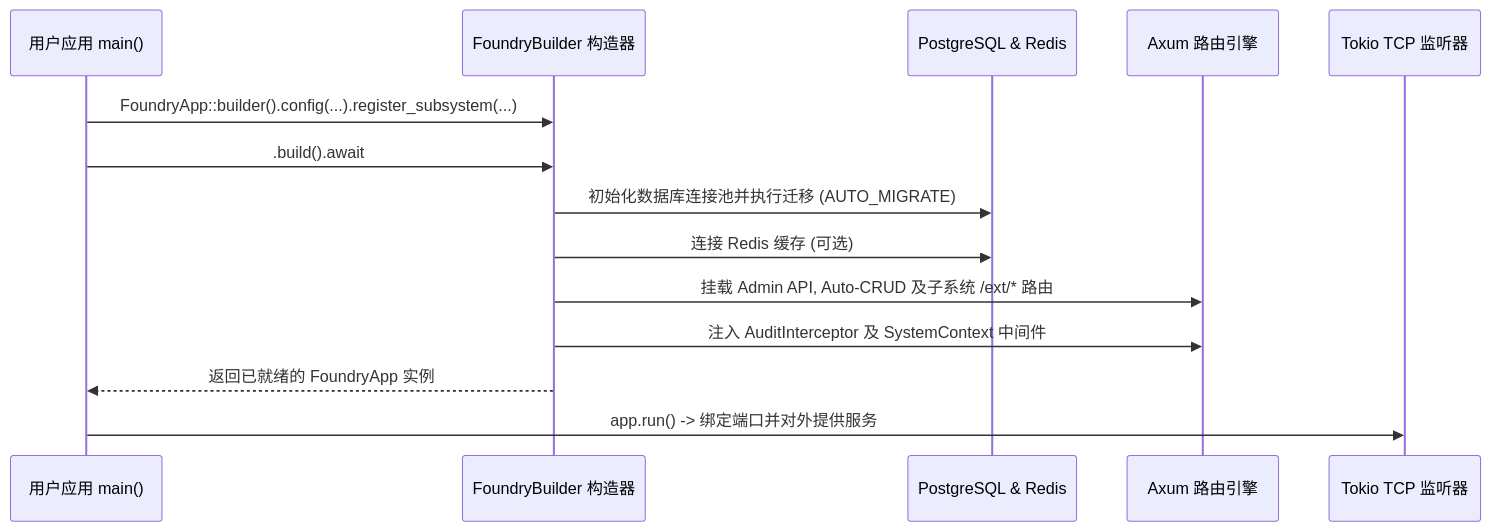
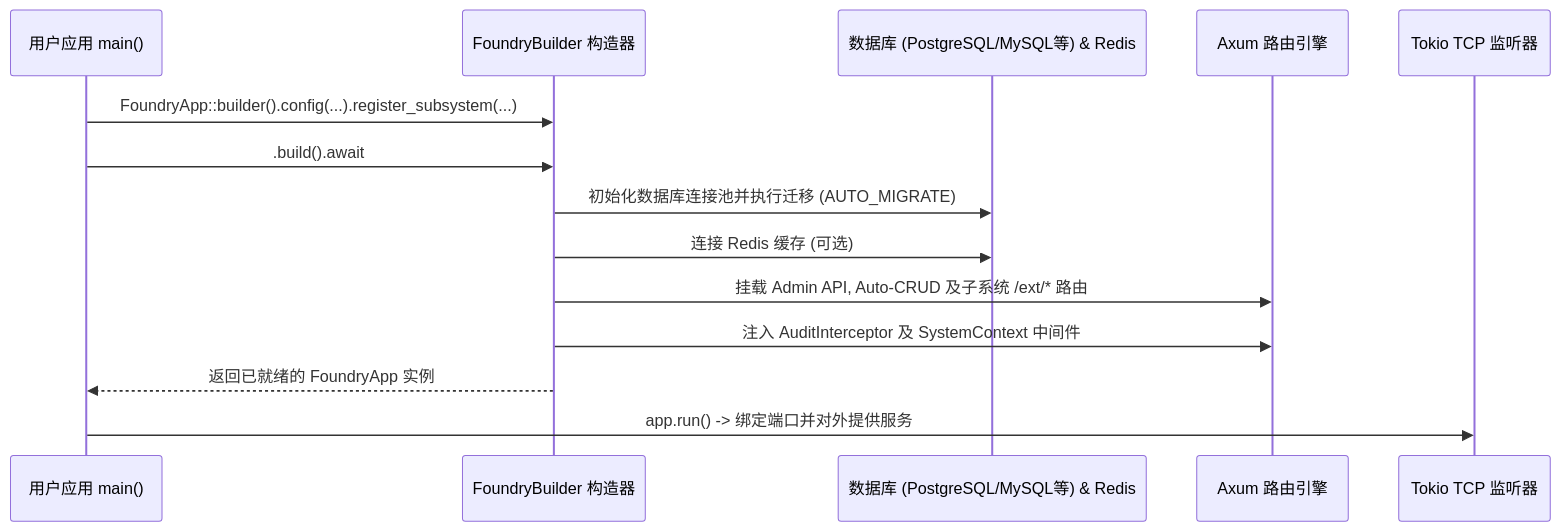
The second of 2 diagrams in docs/src/content/docs/zh/architecture/blueprint.md (FoundKit/foundry), drawn with Mermaid before and after one commit. The commit also changed other lines of this file and 17 other files, not shown here.

````diff
--- a/docs/src/content/docs/zh/architecture/blueprint.md
+++ b/docs/src/content/docs/zh/architecture/blueprint.md
@@ -113,17 +113,17 @@
 ```mermaid
 sequenceDiagram
     participant Main as 用户应用 main()
     participant Builder as FoundryBuilder 构造器
-    participant DB as PostgreSQL & Redis
+    participant DB as 数据库 (PostgreSQL/MySQL等) & Redis
     participant Engine as Axum 路由引擎
     participant Listener as Tokio TCP 监听器
 
     Main->>Builder: FoundryApp::builder().config(...).register_subsystem(...)
     Main->>Builder: .build().await
     Builder->>DB: 初始化数据库连接池并执行迁移 (AUTO_MIGRATE)
     Builder->>DB: 连接 Redis 缓存 (可选)
     Builder->>Engine: 挂载 Admin API, Auto-CRUD 及子系统 /ext/* 路由
     Builder->>Engine: 注入 AuditInterceptor 及 SystemContext 中间件
     Builder-->>Main: 返回已就绪的 FoundryApp 实例
     Main->>Listener: app.run() -> 绑定端口并对外提供服务
 ```
````
